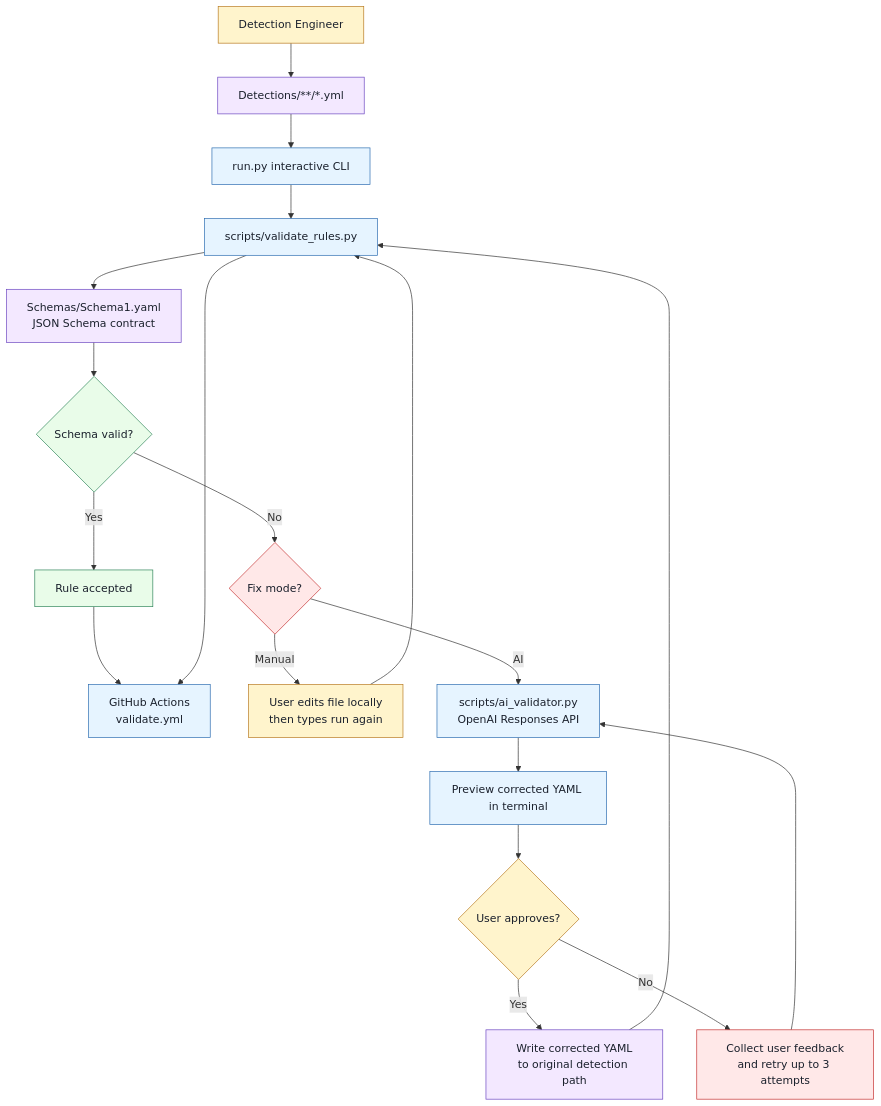
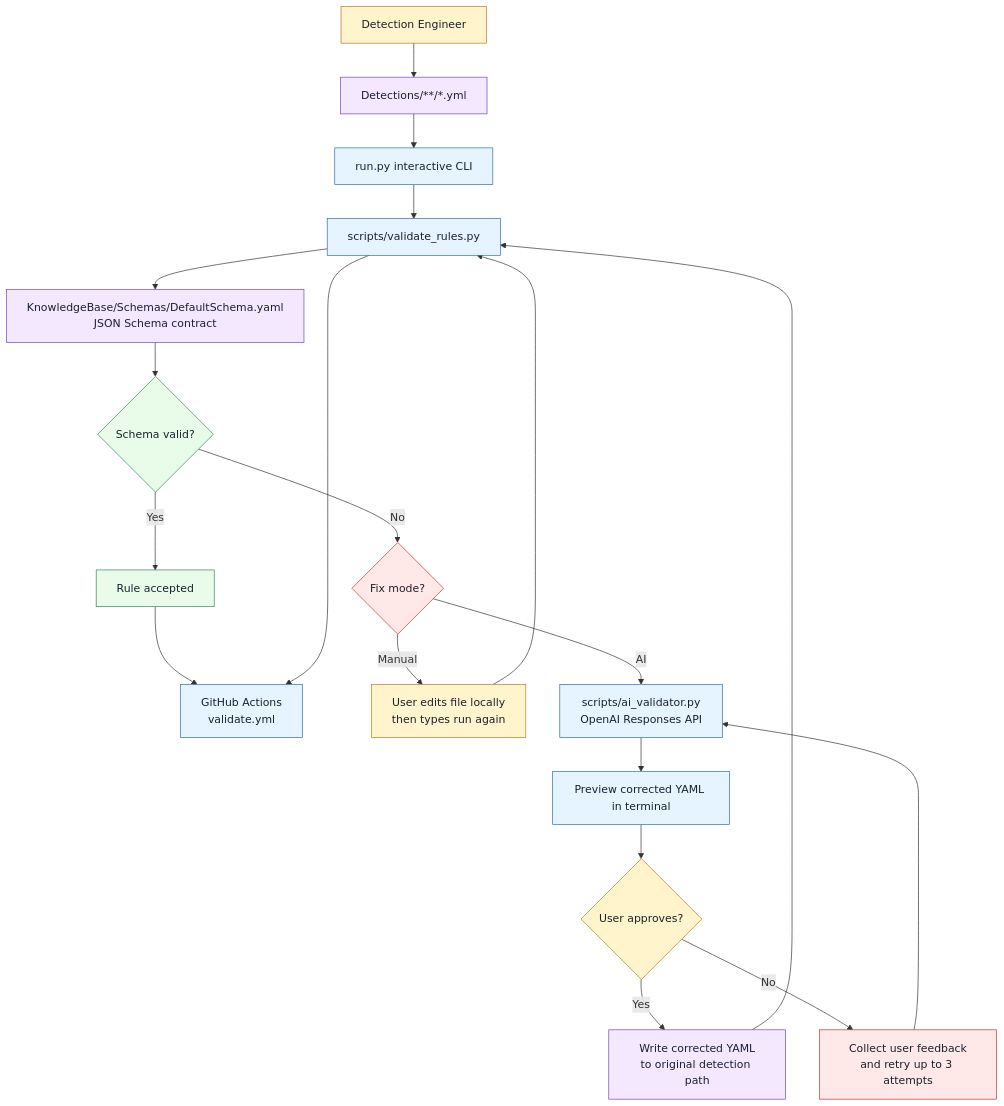
Before and after one commit to GBinion2020/Detection-as-Code-AI-Validator: the diagram in README.md, drawn with Mermaid. The commit also changed other lines of this file and 29 other files, not shown here.

````diff
--- a/README.md
+++ b/README.md
@@ -41,31 +41,31 @@
 ```mermaid
 flowchart TB
     classDef human fill:#FFF4CC,stroke:#B7791F,color:#1A202C,stroke-width:1px;
     classDef code fill:#E6F4FF,stroke:#2B6CB0,color:#1A202C,stroke-width:1px;
     classDef gate fill:#E9FCE9,stroke:#2F855A,color:#1A202C,stroke-width:1px;
     classDef warn fill:#FFE8E8,stroke:#C53030,color:#1A202C,stroke-width:1px;
     classDef store fill:#F3E8FF,stroke:#6B46C1,color:#1A202C,stroke-width:1px;
 
     U[Detection Engineer]:::human --> R[Detections/**/*.yml]:::store
     R --> C[run.py interactive CLI]:::code
     C --> V[scripts/validate_rules.py]:::code
-    V --> S[Schemas/Schema1.yaml<br/>JSON Schema contract]:::store
+    V --> S[KnowledgeBase/Schemas/DefaultSchema.yaml<br/>JSON Schema contract]:::store
     S --> D{Schema valid?}:::gate
 
     D -- Yes --> P[Rule accepted]:::gate
     P --> CI[GitHub Actions<br/>validate.yml]:::code
 
     D -- No --> Q{Fix mode?}:::warn
     Q -- Manual --> M[User edits file locally<br/>then types run again]:::human
     M --> V
 
     Q -- AI --> A[scripts/ai_validator.py<br/>OpenAI Responses API]:::code
     A --> T[Preview corrected YAML in terminal]:::code
     T --> H{User approves?}:::human
     H -- Yes --> W[Write corrected YAML<br/>to original detection path]:::store
     H -- No --> F[Collect user feedback<br/>and retry up to 3 attempts]:::warn
     F --> A
 
     W --> V
     V --> CI
 ```
````
